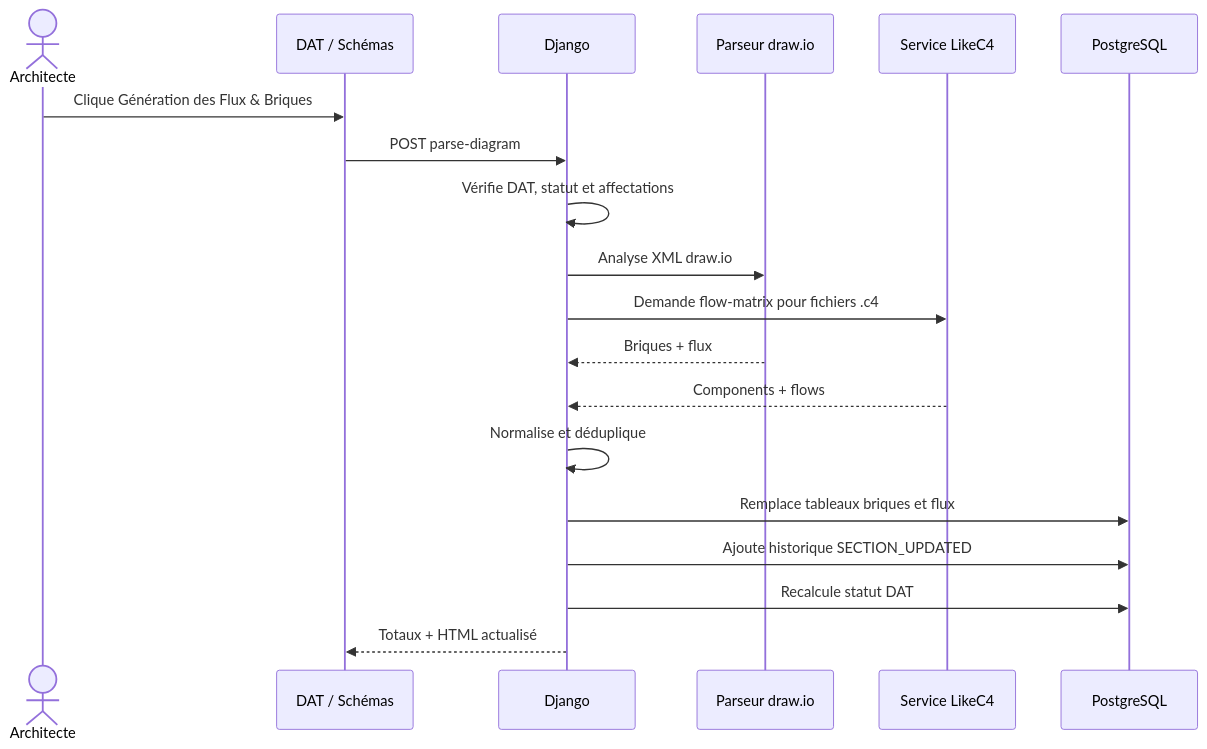
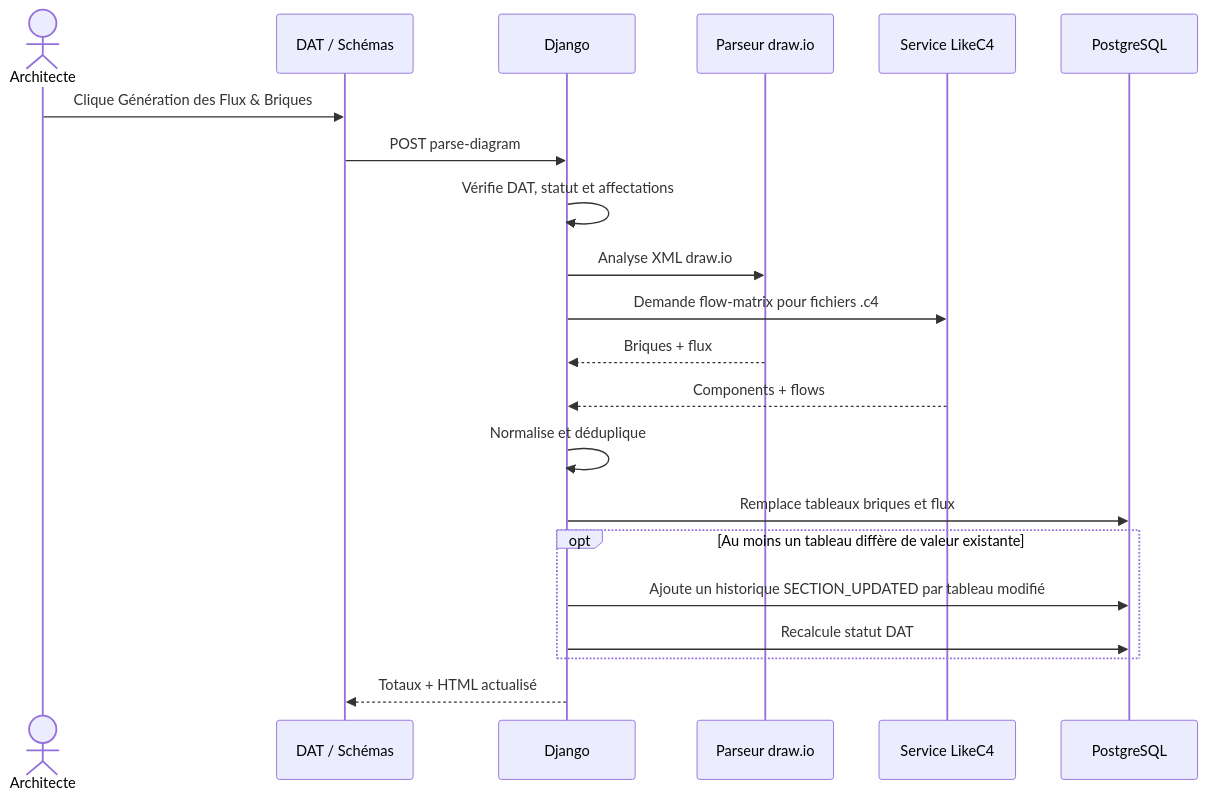
Before and after one commit to cintamaya-org/cintafactory: the second of 2 diagrams in docs/FluxApplicatifs.md, drawn with Mermaid. The commit also changed other lines of this file, not shown here.

````diff
--- a/docs/FluxApplicatifs.md
+++ b/docs/FluxApplicatifs.md
@@ -267,22 +286,24 @@
 ```mermaid
 sequenceDiagram
     actor A as Architecte
     participant UI as DAT / Schémas
     participant DJ as Django
     participant DO as Parseur draw.io
     participant L4 as Service LikeC4
     participant DB as PostgreSQL
 
     A->>UI: Clique Génération des Flux & Briques
     UI->>DJ: POST parse-diagram
     DJ->>DJ: Vérifie DAT, statut et affectations
     DJ->>DO: Analyse XML draw.io
     DJ->>L4: Demande flow-matrix pour fichiers .c4
     DO-->>DJ: Briques + flux
     L4-->>DJ: Components + flows
     DJ->>DJ: Normalise et déduplique
     DJ->>DB: Remplace tableaux briques et flux
-    DJ->>DB: Ajoute historique SECTION_UPDATED
-    DJ->>DB: Recalcule statut DAT
+    opt Au moins un tableau diffère de valeur existante
+        DJ->>DB: Ajoute un historique SECTION_UPDATED par tableau modifié
+        DJ->>DB: Recalcule statut DAT
+    end
     DJ-->>UI: Totaux + HTML actualisé
 ```
````
